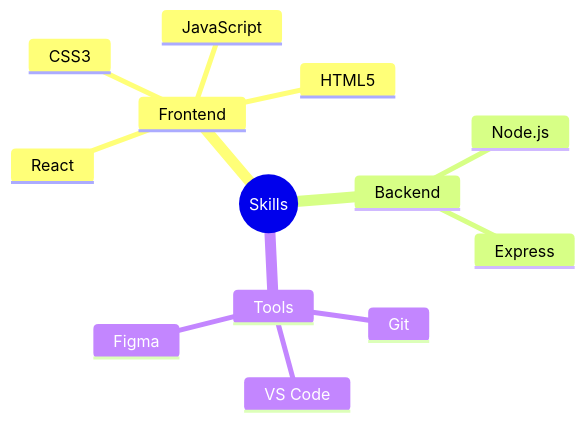
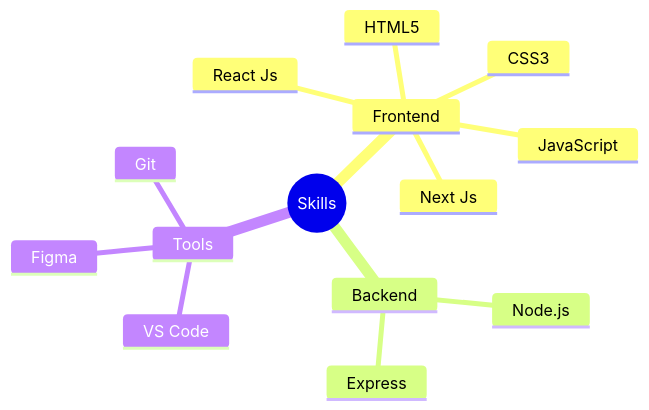
The diagram in README.md (Justparthi/justparthi), drawn with Mermaid before and after one commit.

````diff
--- a/README.md
+++ b/README.md
@@ -24,16 +24,17 @@
 ```mermaid
 mindmap
   root((Skills))
     Frontend
       HTML5
       CSS3
       JavaScript
-      React
+      Next Js
+      React Js
     Backend
       Node.js
       Express
     Tools
       Git
       VS Code
       Figma
 ```
````
